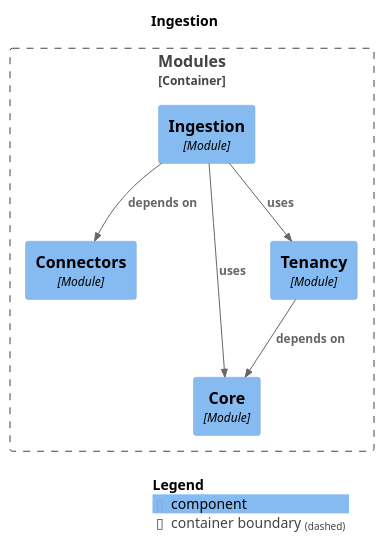
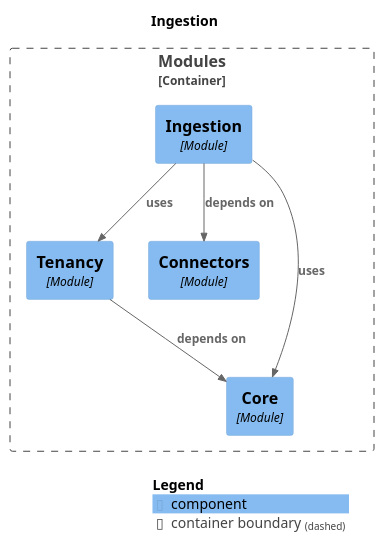
The diagram in docs/architecture/generated/modulith/module-ingestion.puml (aliemrahpekesen/eKingProducitivtyMeter), drawn with PlantUML before and after one commit. The commit also changed other lines of this file and 9 other files, not shown here.

Commit message:
docs: ADR-024, AI explain layer guide, TASK-0024 record, regenerated diagrams [TASK-0024]

```diff
--- a/docs/architecture/generated/modulith/module-ingestion.puml
+++ b/docs/architecture/generated/modulith/module-ingestion.puml
@@ -1,24 +1,24 @@
 @startuml
 set separator none
 title Ingestion
 
 top to bottom direction
 
 !include <C4/C4>
 !include <C4/C4_Context>
 !include <C4/C4_Component>
 
 Container_Boundary("Modules.Modules_boundary", "Modules", $tags="") {
+  Component(Modules.Modules.Tenancy, "Tenancy", $techn="Module", $descr="", $tags="", $link="")
   Component(Modules.Modules.Connectors, "Connectors", $techn="Module", $descr="", $tags="", $link="")
   Component(Modules.Modules.Core, "Core", $techn="Module", $descr="", $tags="", $link="")
   Component(Modules.Modules.Ingestion, "Ingestion", $techn="Module", $descr="", $tags="", $link="")
-  Component(Modules.Modules.Tenancy, "Tenancy", $techn="Module", $descr="", $tags="", $link="")
 }
 
 Rel(Modules.Modules.Ingestion, Modules.Modules.Connectors, "depends on", $techn="", $tags="", $link="")
 Rel(Modules.Modules.Ingestion, Modules.Modules.Tenancy, "uses", $techn="", $tags="", $link="")
 Rel(Modules.Modules.Ingestion, Modules.Modules.Core, "uses", $techn="", $tags="", $link="")
 Rel(Modules.Modules.Tenancy, Modules.Modules.Core, "depends on", $techn="", $tags="", $link="")
 
 SHOW_LEGEND(true)
 @enduml
```
